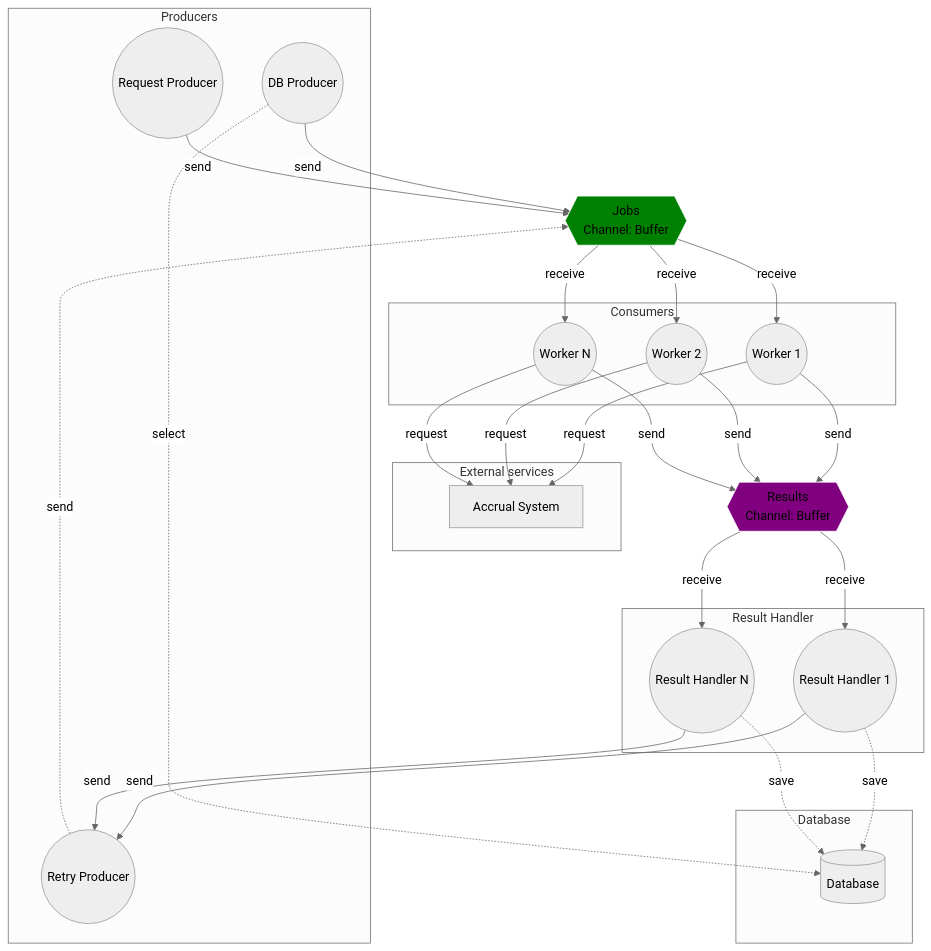
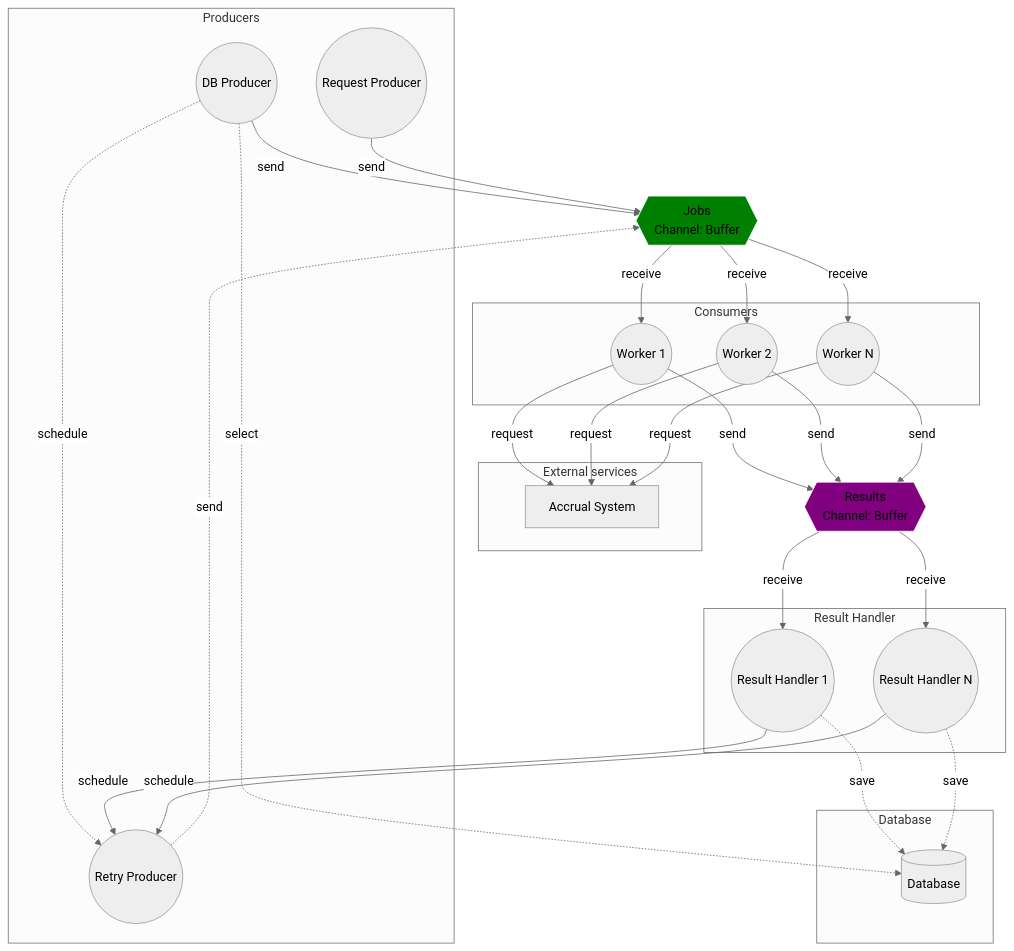
The diagram in docs/AsyncFlowchart.mmd (liebeSonne/gophermart), drawn with Mermaid (neutral theme) before and after one commit. The commit also changed 10 other files, not shown here.

```diff
--- a/docs/AsyncFlowchart.mmd
+++ b/docs/AsyncFlowchart.mmd
@@ -1,61 +1,62 @@
 flowchart TB
 
 %% База данных
     subgraph Database
         DB[(Database)]
     end
 
 %% Внешние сервисы
     subgraph External services
         Accrual[Accrual System]
     end
 
 %% Группа Продюсеров
     subgraph Producers [Producers]
         PDB((DB Producer))
         PRequest((Request Producer))
         PRetry((Retry Producer))
     end
 
 %% Основной канал данных
     JobsChan{{"Jobs<br>Channel: Buffer"}}
 
 %% Группа Потребителей
     subgraph Consumers [Consumers]
         C1((Worker 1))
         C2((Worker 2))
         CN((Worker N))
     end
 
 %% Канал результатов
     ResChan{{"Results<br/>Channel: Buffer"}}
 
 %% Финальный обработчик и возврат повторных попыток
     subgraph ResultHandlers [Result Handler]
         RH1((Result Handler 1))
         RHN((Result Handler N))
     end
 
 %% Связи
     %% Выборка заказов для задач
     PDB -.-> |select| DB
     %% Передача задач в канал
     PDB & PRequest --> |send| JobsChan
+    PDB -.-> |schedule| PRetry
     %% Передача задач из канала в обработчики
     JobsChan --> |receive| C1 & C2 & CN
     %% Обработка запросом в сервис
     C1 & C2 & CN --> |request| Accrual
     %% Передача результатов в канал
     C1 & C2 & CN --> |send| ResChan
     %% Передача результатов в обработчики
     ResChan --> |receive| RH1 & RHN
     %% Обработка результатов - сохранение в БД
     RH1 & RHN -.-> |save| DB
     %% Повторный запуск при необходимости
-    RH1 & RHN --> |send| PRetry
+    RH1 & RHN --> |schedule| PRetry
     %% Отложенная передача в канал задач
     PRetry -.-> |send| JobsChan
 
 %% Стилизация
     style JobsChan fill:green,stroke:white
     style ResChan fill:purple,stroke:white
```
